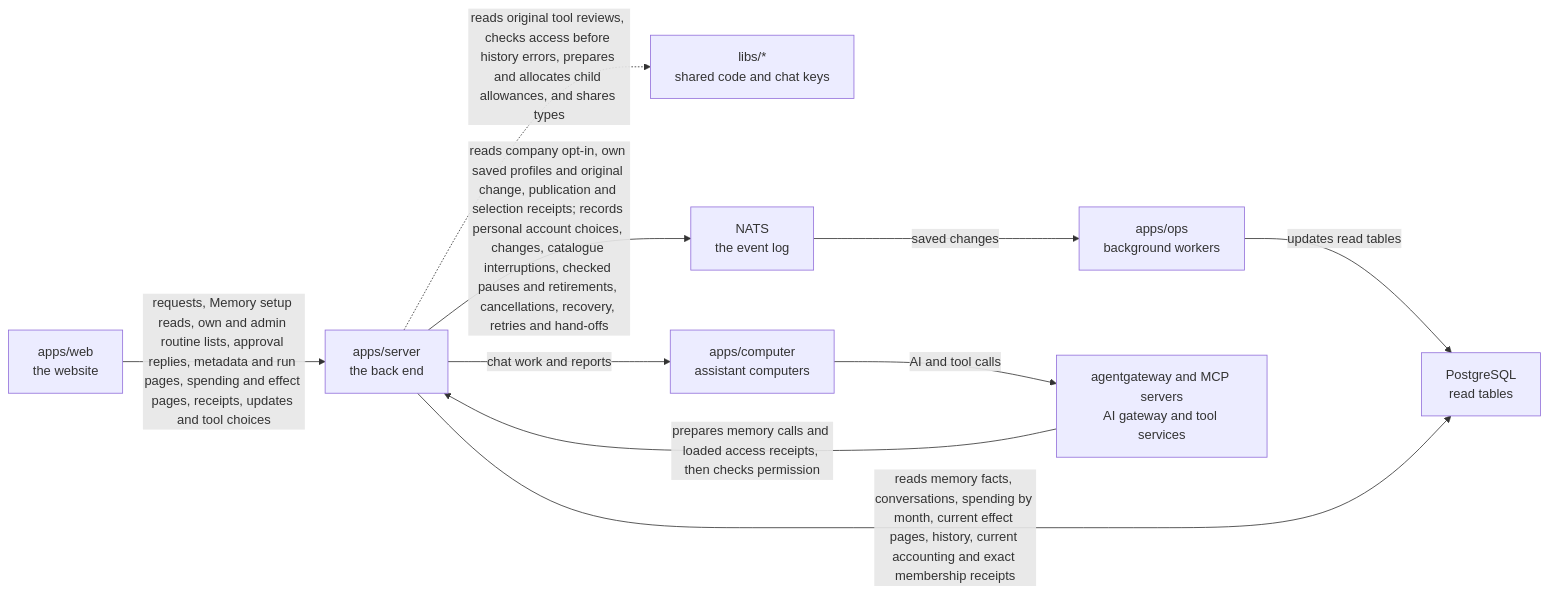
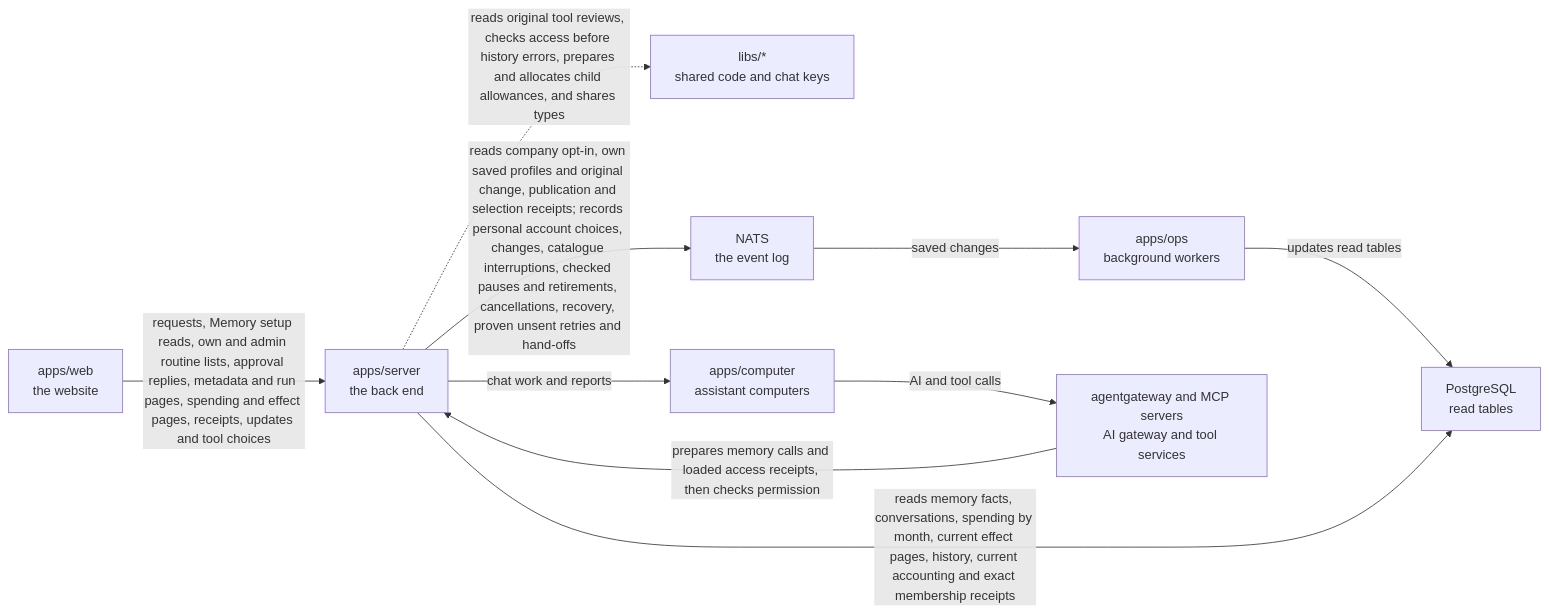
One commit to elewa-git/opencrane-new changed the diagram in apps/server/README.md. Above: the diagram before and after it, drawn with Mermaid. The commit also changed other lines of this file and 6 other files, not shown here.

````diff
--- a/apps/server/README.md
+++ b/apps/server/README.md
@@ -67,12 +71,12 @@
 ```mermaid
 flowchart LR
   web["apps/web<br/>the website"] -->|requests, Memory setup reads, own and admin routine lists, approval replies, metadata and run pages, spending and effect pages, receipts, updates and tool choices| server["apps/server<br/>the back end"]
   server -.->|reads original tool reviews, checks access before history errors, prepares and allocates child allowances, and shares types| libs["libs/*<br/>shared code and chat keys"]
-  server -->|reads company opt-in, own saved profiles and original change, publication and selection receipts; records personal account choices, changes, catalogue interruptions, checked pauses and retirements, cancellations, recovery, retries and hand-offs| nats["NATS<br/>the event log"]
+  server -->|reads company opt-in, own saved profiles and original change, publication and selection receipts; records personal account choices, changes, catalogue interruptions, checked pauses and retirements, cancellations, recovery, proven unsent retries and hand-offs| nats["NATS<br/>the event log"]
   nats -->|saved changes| ops["apps/ops<br/>background workers"]
   ops -->|updates read tables| postgres["PostgreSQL<br/>read tables"]
   server -->|reads memory facts, conversations, spending by month, current effect pages, history, current accounting and exact membership receipts| postgres
   server -->|chat work and reports| computer["apps/computer<br/>assistant computers"]
   computer -->|AI and tool calls| runtime["agentgateway and MCP servers<br/>AI gateway and tool services"]
   runtime -->|prepares memory calls and loaded access receipts, then checks permission| server
 ```
````
